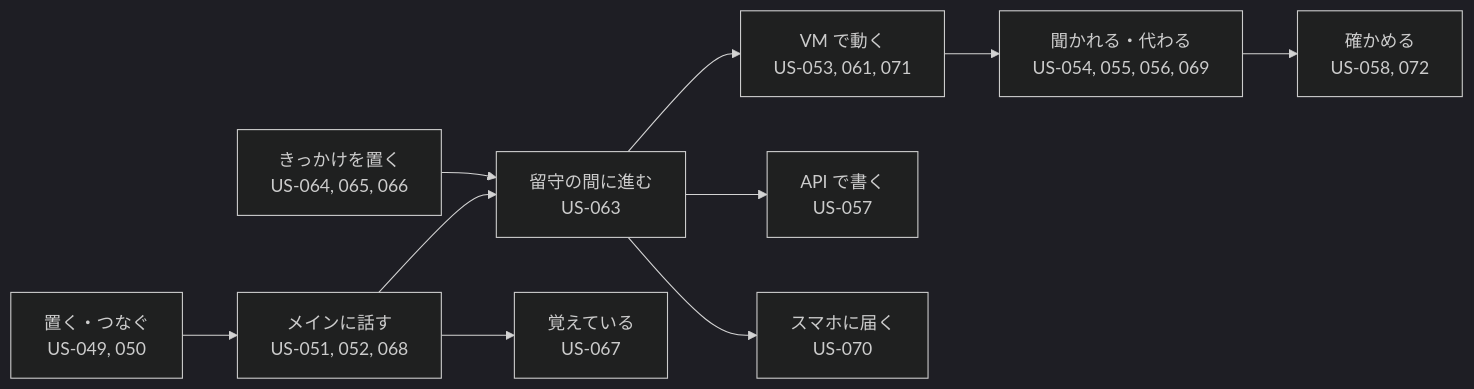
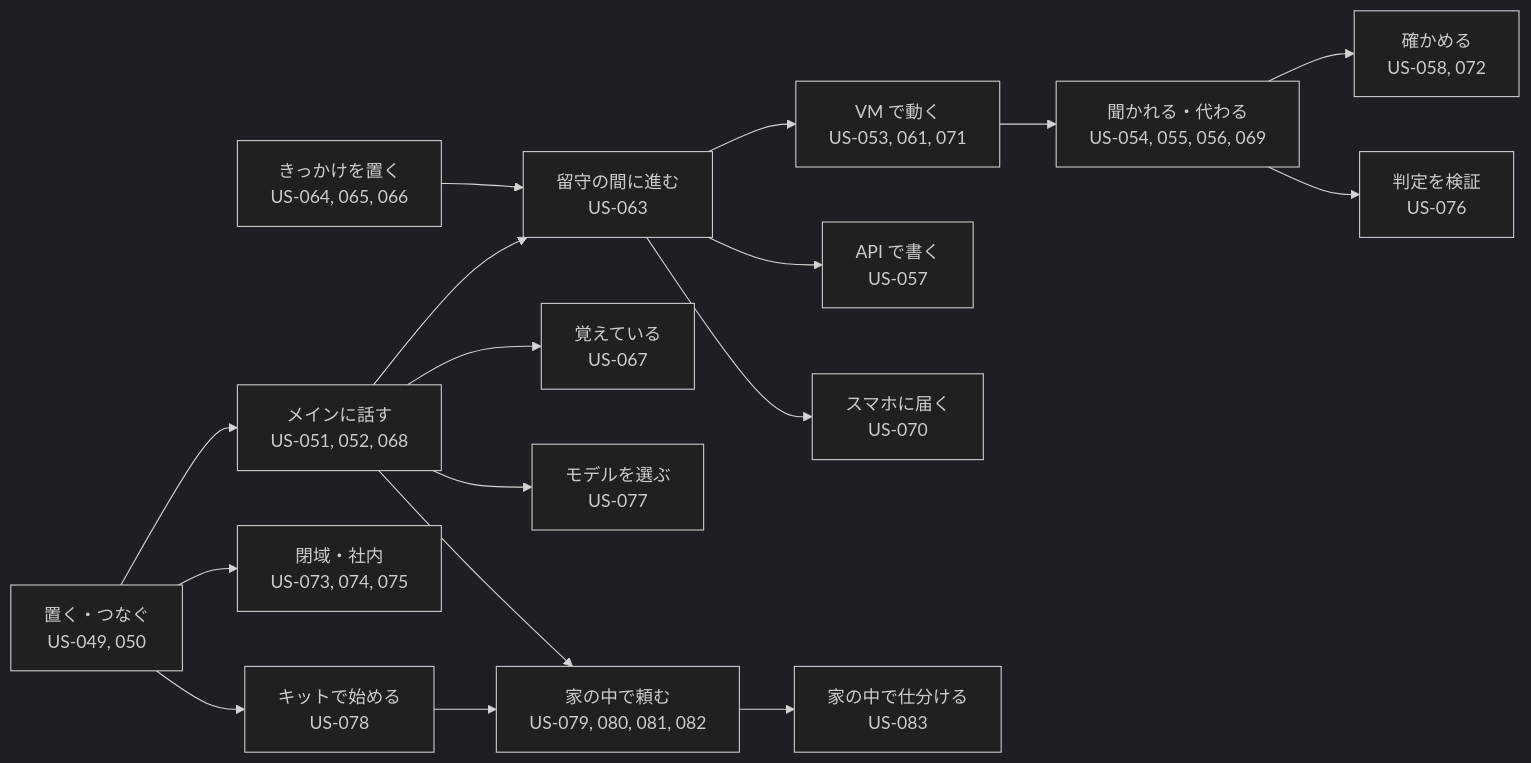
The diagram in docs/design/02_user_stories.md (itiwoja/agent-team), drawn with Mermaid (dark theme) before and after one commit. The commit also changed other lines of this file and 39 other files, not shown here.

````diff
--- a/docs/design/02_user_stories.md
+++ b/docs/design/02_user_stories.md
@@ -13,12 +13,19 @@
 ```mermaid
 flowchart LR
  A["置く・つなぐ<br/>US-049, 050"] --> B["メインに話す<br/>US-051, 052, 068"]
  T["きっかけを置く<br/>US-064, 065, 066"] --> R["留守の間に進む<br/>US-063"]
  B --> R
  R --> C["VM で動く<br/>US-053, 061, 071"]
  C --> D["聞かれる・代わる<br/>US-054, 055, 056, 069"]
  R --> E["API で書く<br/>US-057"]
  R --> N["スマホに届く<br/>US-070"]
  B --> M["覚えている<br/>US-067"]
  D --> F["確かめる<br/>US-058, 072"]
+ A --> G["閉域・社内<br/>US-073, 074, 075"]
+ D --> H["判定を検証<br/>US-076"]
+ B --> I["モデルを選ぶ<br/>US-077"]
+ A --> K["キットで始める<br/>US-078"]
+ B --> L["家の中で頼む<br/>US-079, 080, 081, 082"]
+ L --> Q["家の中で仕分ける<br/>US-083"]
+ K --> L
 ```
````
